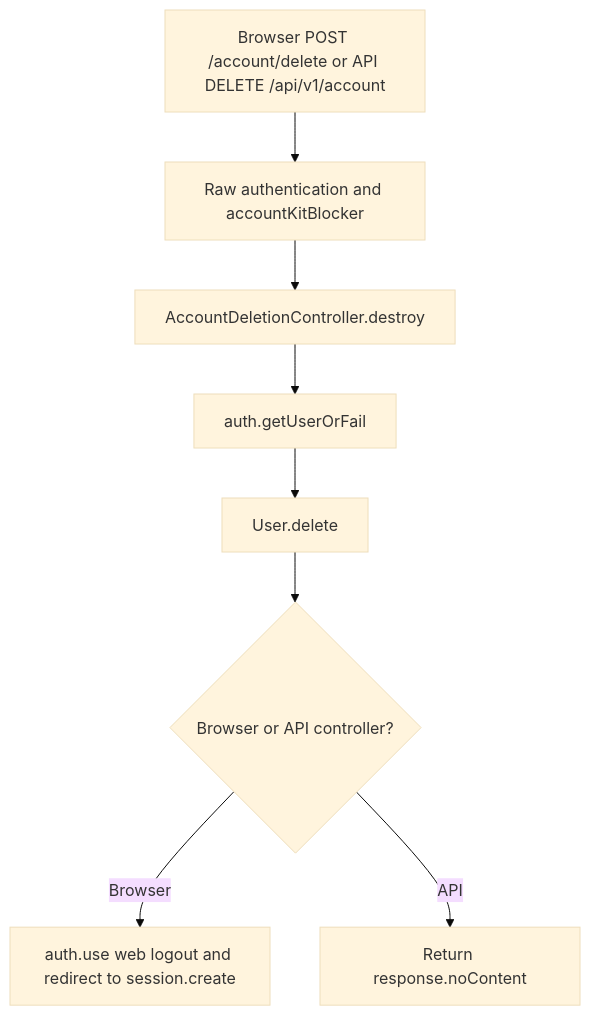
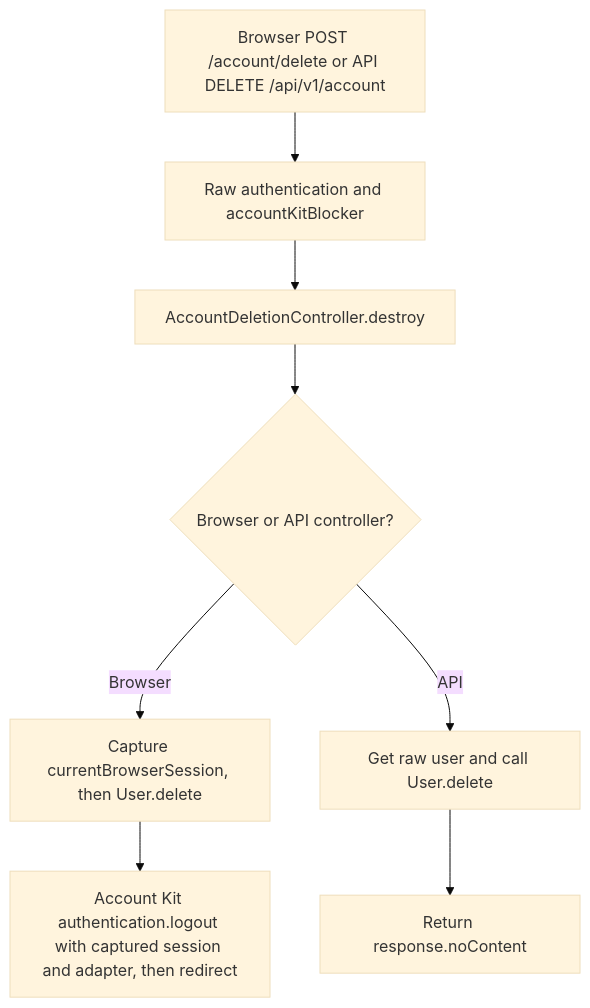
One commit to Kevinjohn/oss-adonisjs-starter-examples changed the second of 2 diagrams in user-stories/soft-delete/us-delete-01-delete-own-account.md. Above: the diagram before and after it, drawn with Mermaid (base theme). The commit also changed other lines of this file and 29 other files, not shown here.

````diff
--- a/user-stories/soft-delete/us-delete-01-delete-own-account.md
+++ b/user-stories/soft-delete/us-delete-01-delete-own-account.md
@@ -38,10 +38,10 @@
 ```mermaid
 flowchart TD
     A["Browser POST /account/delete or API DELETE /api/v1/account"] --> B["Raw authentication and accountKitBlocker"]
     B --> C["AccountDeletionController.destroy"]
-    C --> D["auth.getUserOrFail"]
-    D --> E["User.delete"]
-    E --> F{"Browser or API controller?"}
-    F -->|Browser| G["auth.use web logout and redirect to session.create"]
-    F -->|API| H["Return response.noContent"]
+    C --> F{"Browser or API controller?"}
+    F -->|Browser| D["Capture currentBrowserSession, then User.delete"]
+    D --> G["Account Kit authentication.logout with captured session and adapter, then redirect"]
+    F -->|API| E["Get raw user and call User.delete"]
+    E --> H["Return response.noContent"]
 ```
````
